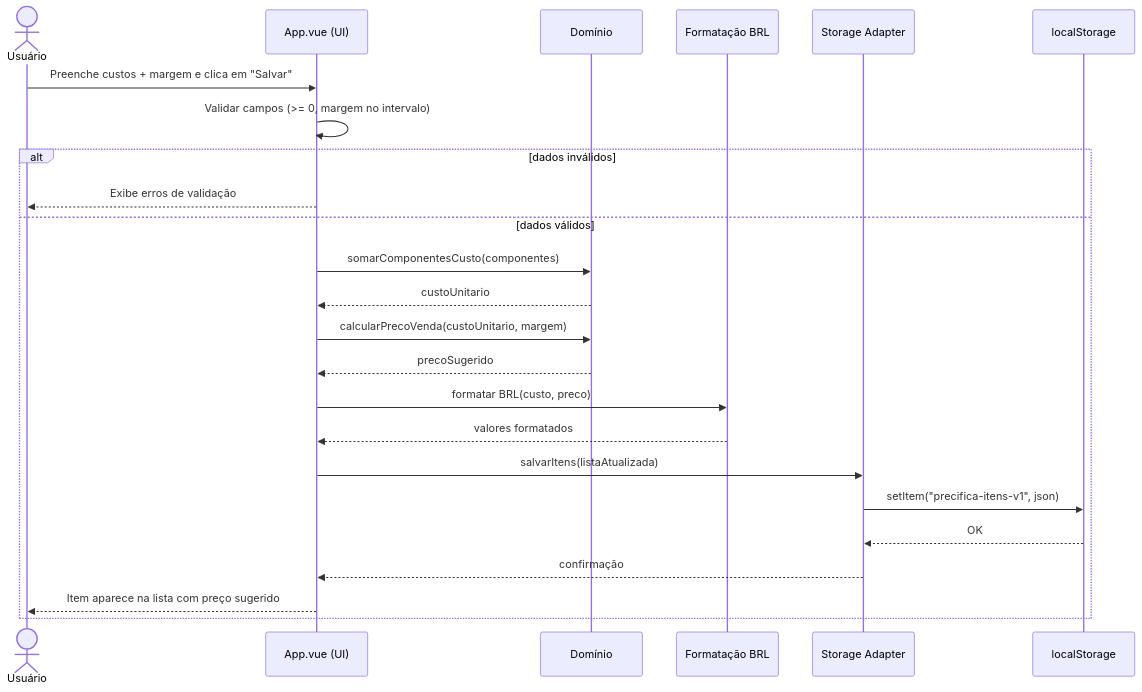
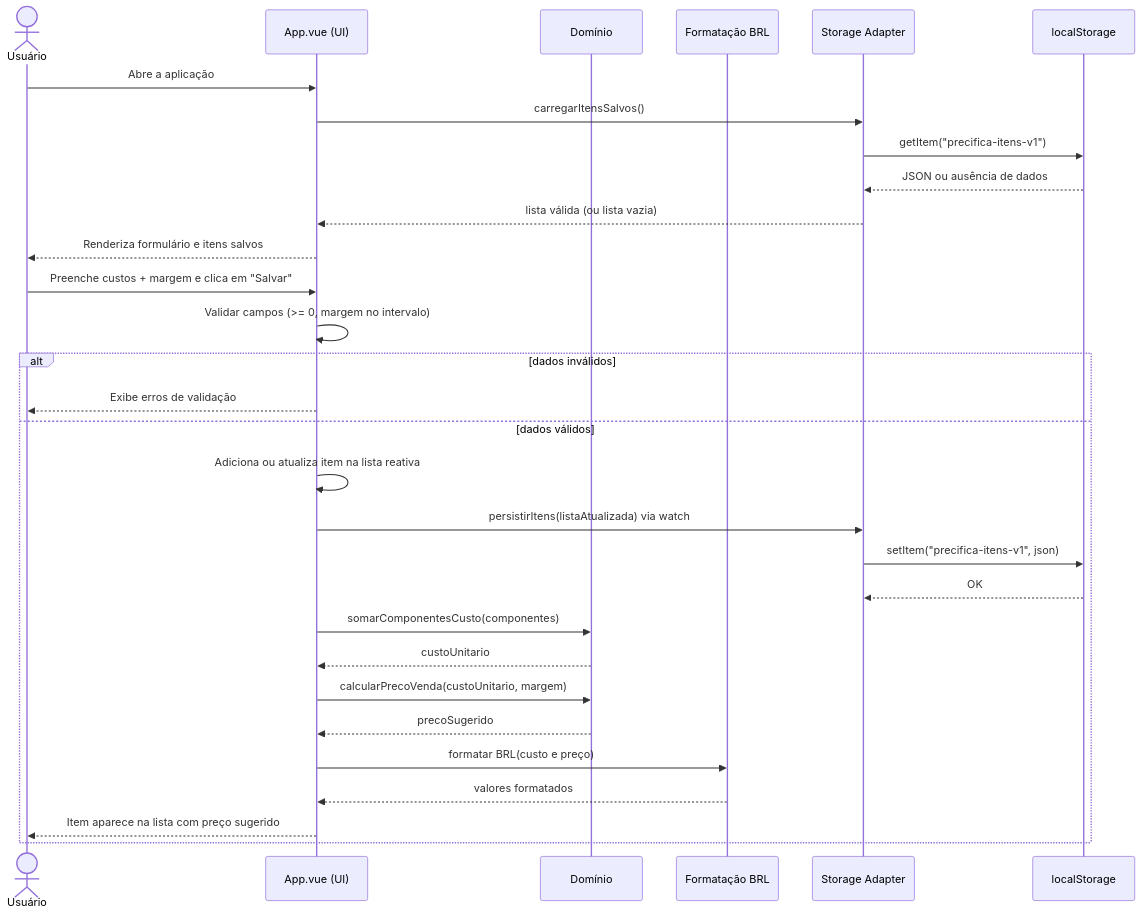
Before and after one commit to Karinemoreira/precifica: the second of 2 diagrams in README.md, drawn with Mermaid. The commit also changed other lines of this file, not shown here.

````diff
--- a/README.md
+++ b/README.md
@@ -87,27 +91,33 @@
 ```mermaid
 sequenceDiagram
   actor U as Usuário
   participant UI as App.vue (UI)
   participant D as Domínio
   participant F as Formatação BRL
   participant S as Storage Adapter
   participant L as localStorage
 
+  U->>UI: Abre a aplicação
+  UI->>S: carregarItensSalvos()
+  S->>L: getItem("precifica-itens-v1")
+  L-->>S: JSON ou ausência de dados
+  S-->>UI: lista válida (ou lista vazia)
+  UI-->>U: Renderiza formulário e itens salvos
   U->>UI: Preenche custos + margem e clica em "Salvar"
   UI->>UI: Validar campos (>= 0, margem no intervalo)
   alt dados inválidos
     UI-->>U: Exibe erros de validação
   else dados válidos
+    UI->>UI: Adiciona ou atualiza item na lista reativa
+    UI->>S: persistirItens(listaAtualizada) via watch
+    S->>L: setItem("precifica-itens-v1", json)
+    L-->>S: OK
     UI->>D: somarComponentesCusto(componentes)
     D-->>UI: custoUnitario
     UI->>D: calcularPrecoVenda(custoUnitario, margem)
     D-->>UI: precoSugerido
-    UI->>F: formatar BRL(custo, preco)
+    UI->>F: formatar BRL(custo e preço)
     F-->>UI: valores formatados
-    UI->>S: salvarItens(listaAtualizada)
-    S->>L: setItem("precifica-itens-v1", json)
-    L-->>S: OK
-    S-->>UI: confirmação
     UI-->>U: Item aparece na lista com preço sugerido
   end
 ```
````
